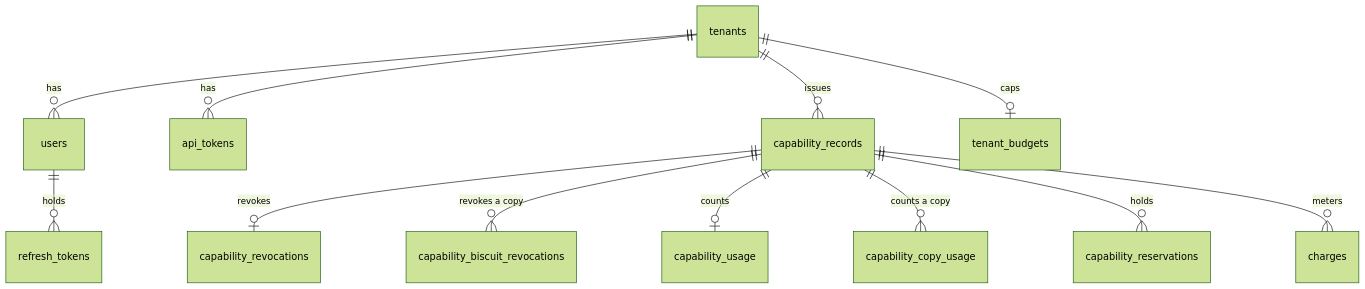
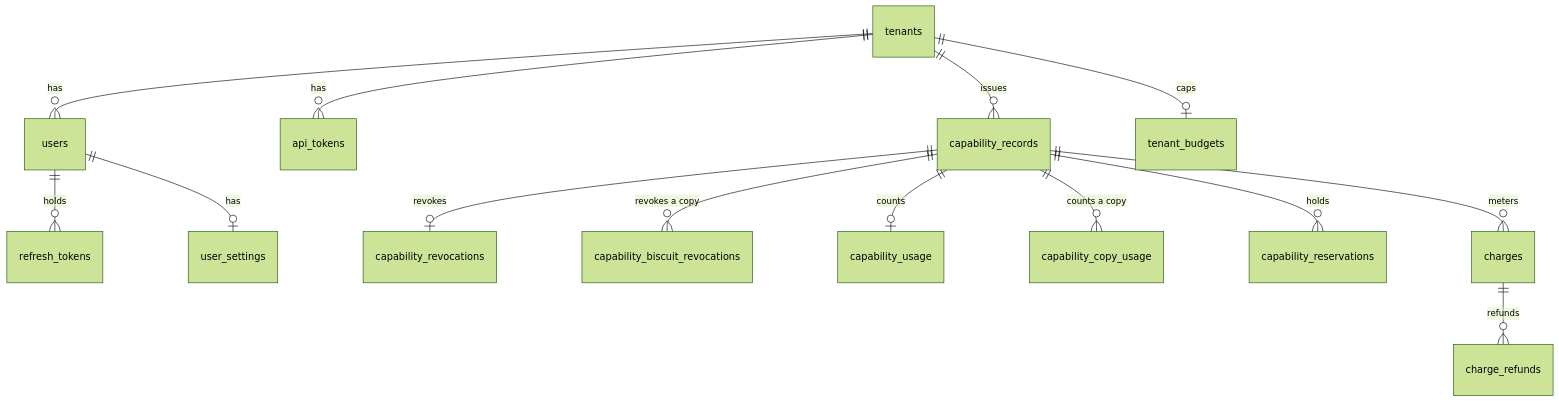
One commit to oleg-tkachuk/paladin changed the tenth of 13 diagrams in backend/docs/diagrams.md. Above: the diagram before and after it, drawn with Mermaid (forest theme). The commit also changed other lines of this file and 3 other files, not shown here.

First line of the commit message:
docs(architecture): bring the overview and diagrams in line with the code

````diff
--- a/backend/docs/diagrams.md
+++ b/backend/docs/diagrams.md
@@ -380,14 +387,16 @@
 ```mermaid
 erDiagram
     tenants ||--o{ users : has
     users ||--o{ refresh_tokens : holds
+    users ||--o| user_settings : has
     tenants ||--o{ api_tokens : has
     tenants ||--o{ capability_records : issues
     capability_records ||--o| capability_revocations : revokes
     capability_records ||--o{ capability_biscuit_revocations : "revokes a copy"
     capability_records ||--o| capability_usage : counts
     capability_records ||--o{ capability_copy_usage : "counts a copy"
     capability_records ||--o{ capability_reservations : holds
     capability_records ||--o{ charges : meters
+    charges ||--o{ charge_refunds : refunds
     tenants ||--o| tenant_budgets : caps
 ```
````
